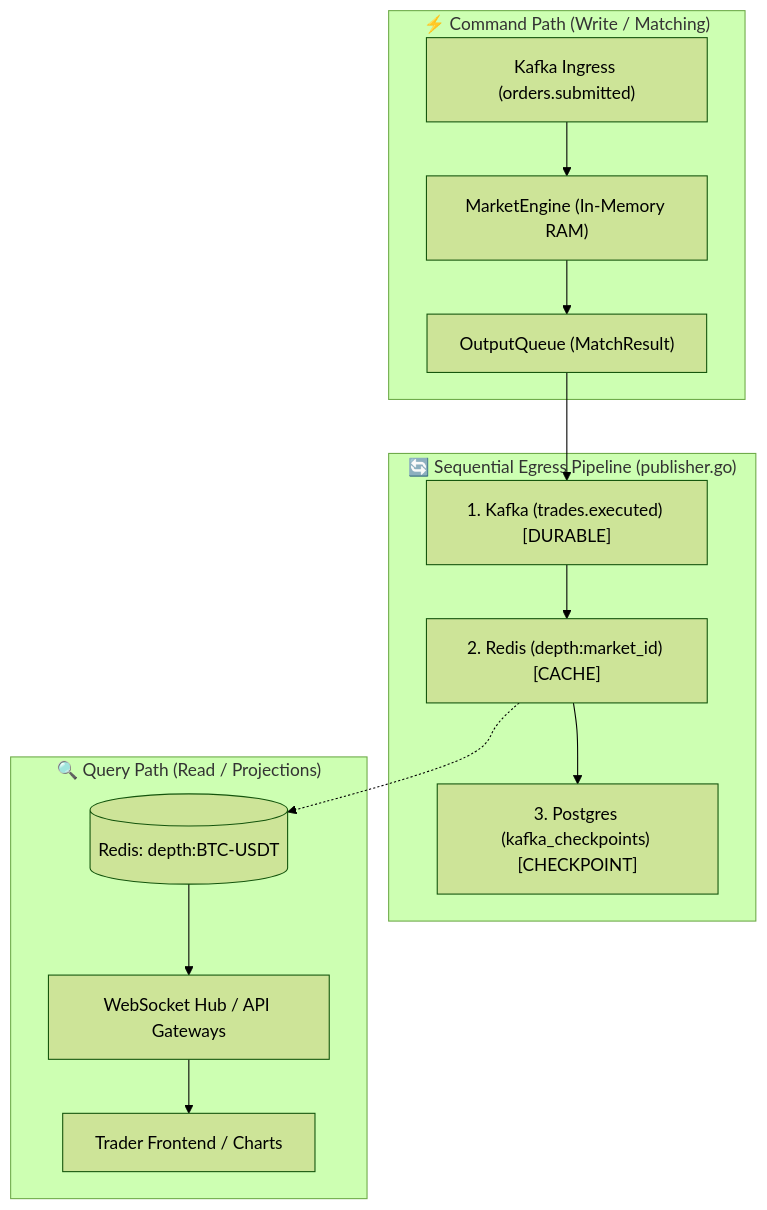
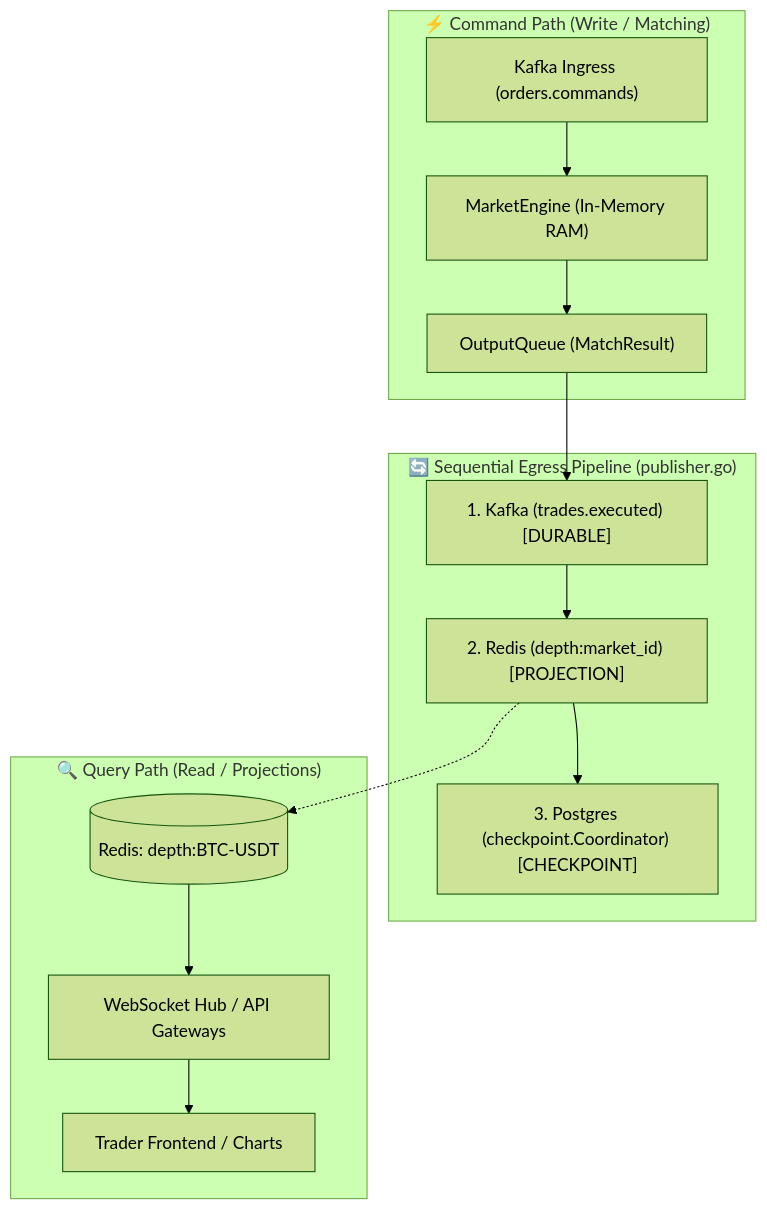
The first of 4 diagrams in services/matching-engine/docs/REDIS_USAGE.md (akhilbabu26/tradedrift), drawn with Mermaid (forest theme) before and after one commit. The commit also changed 23 other files, not shown here.

````diff
--- a/services/matching-engine/docs/REDIS_USAGE.md
+++ b/services/matching-engine/docs/REDIS_USAGE.md
@@ -30,19 +30,19 @@
 ```mermaid
 flowchart TD
     subgraph COMMAND_PATH ["⚡ Command Path (Write / Matching)"]
-        KIn["Kafka Ingress (orders.submitted)"] --> Engine["MarketEngine (In-Memory RAM)"]
+        KIn["Kafka Ingress (orders.commands)"] --> Engine["MarketEngine (In-Memory RAM)"]
         Engine --> OutQueue["OutputQueue (MatchResult)"]
     end
 
     subgraph EGRESS_PIPELINE ["🔄 Sequential Egress Pipeline (publisher.go)"]
         OutQueue --> Step1["1. Kafka (trades.executed) [DURABLE]"]
-        Step1 --> Step2["2. Redis (depth:market_id) [CACHE]"]
-        Step2 --> Step3["3. Postgres (kafka_checkpoints) [CHECKPOINT]"]
+        Step1 --> Step2["2. Redis (depth:market_id) [PROJECTION]"]
+        Step2 --> Step3["3. Postgres (checkpoint.Coordinator) [CHECKPOINT]"]
     end
 
     subgraph QUERY_PATH ["🔍 Query Path (Read / Projections)"]
         Step2 -.-> RedisKey[("Redis: depth:BTC-USDT")]
         RedisKey --> WS["WebSocket Hub / API Gateways"]
         WS --> UI["Trader Frontend / Charts"]
     end
 ```
````
